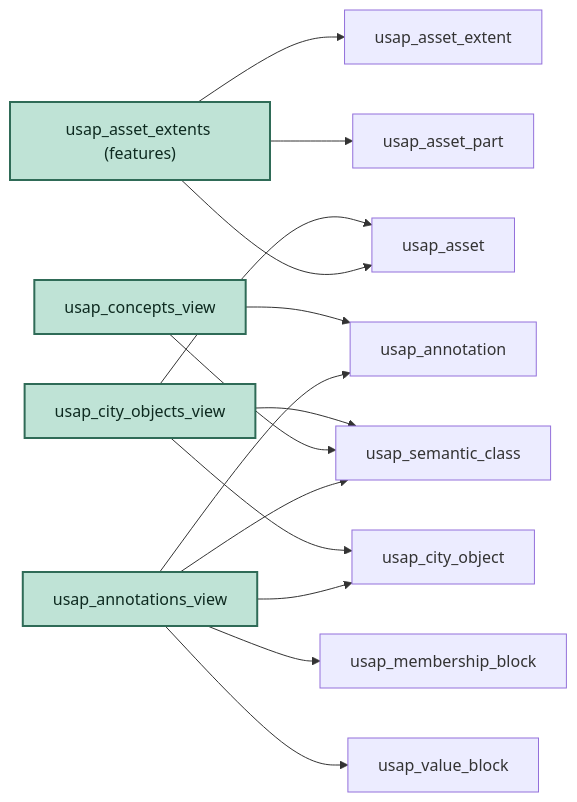
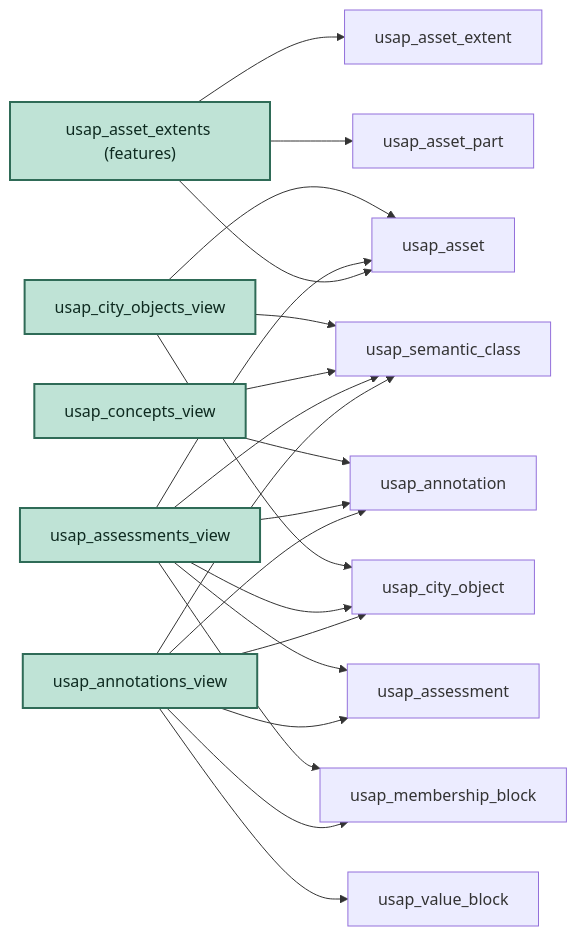
Before and after one commit to EliaMTH/usap_prot: the second of 3 diagrams in docs/SCHEMA_WIRING.md, drawn with Mermaid. The commit also changed other lines of this file and 35 other files, not shown here.

````diff
--- a/docs/SCHEMA_WIRING.md
+++ b/docs/SCHEMA_WIRING.md
@@ -111,22 +125,30 @@
 ```mermaid
 flowchart LR
     AEXTV["usap_asset_extents (features)"]:::view
     ANNV["usap_annotations_view"]:::view
+    ASMV["usap_assessments_view"]:::view
     CONV["usap_concepts_view"]:::view
     COV["usap_city_objects_view"]:::view
     AEXTV --> AEXT[usap_asset_extent]
     AEXTV --> ASSET[usap_asset]
     AEXTV --> APART[usap_asset_part]
     ANNV --> ANN[usap_annotation]
     ANNV --> SCLASS[usap_semantic_class]
     ANNV --> CO[usap_city_object]
     ANNV --> MB[usap_membership_block]
     ANNV --> VB[usap_value_block]
+    ANNV --> ASM[usap_assessment]
+    ASMV --> ASM
+    ASMV --> ANN
+    ASMV --> SCLASS
+    ASMV --> CO
+    ASMV --> ASSET
+    ASMV --> MB
     CONV --> SCLASS
     CONV --> ANN
     COV --> CO
     COV --> SCLASS
     COV --> ASSET
 
     classDef view fill:#bfe3d6,stroke:#2f6b57,color:#0e2a20,stroke-width:2px;
 ```
````
